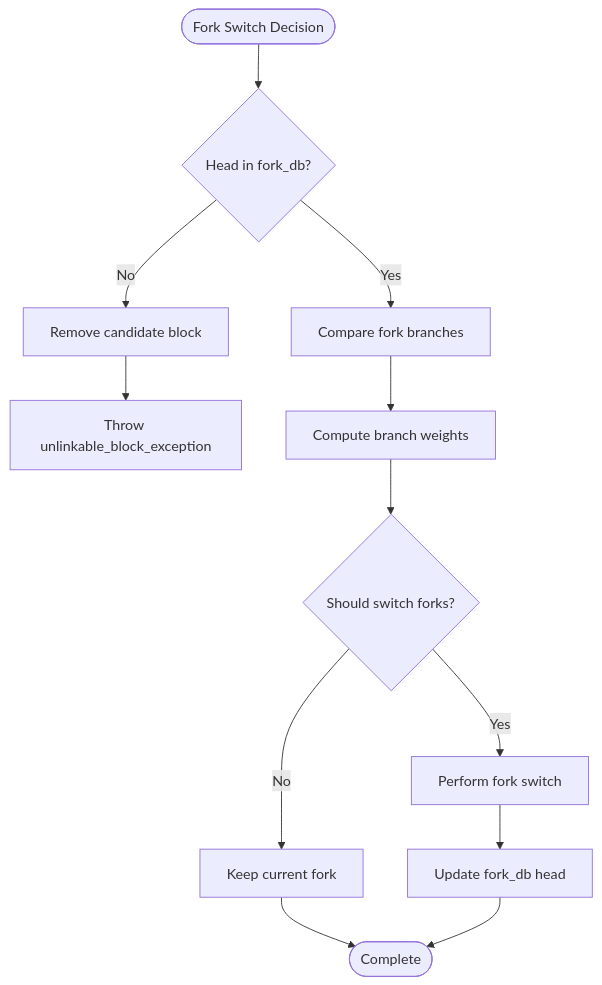
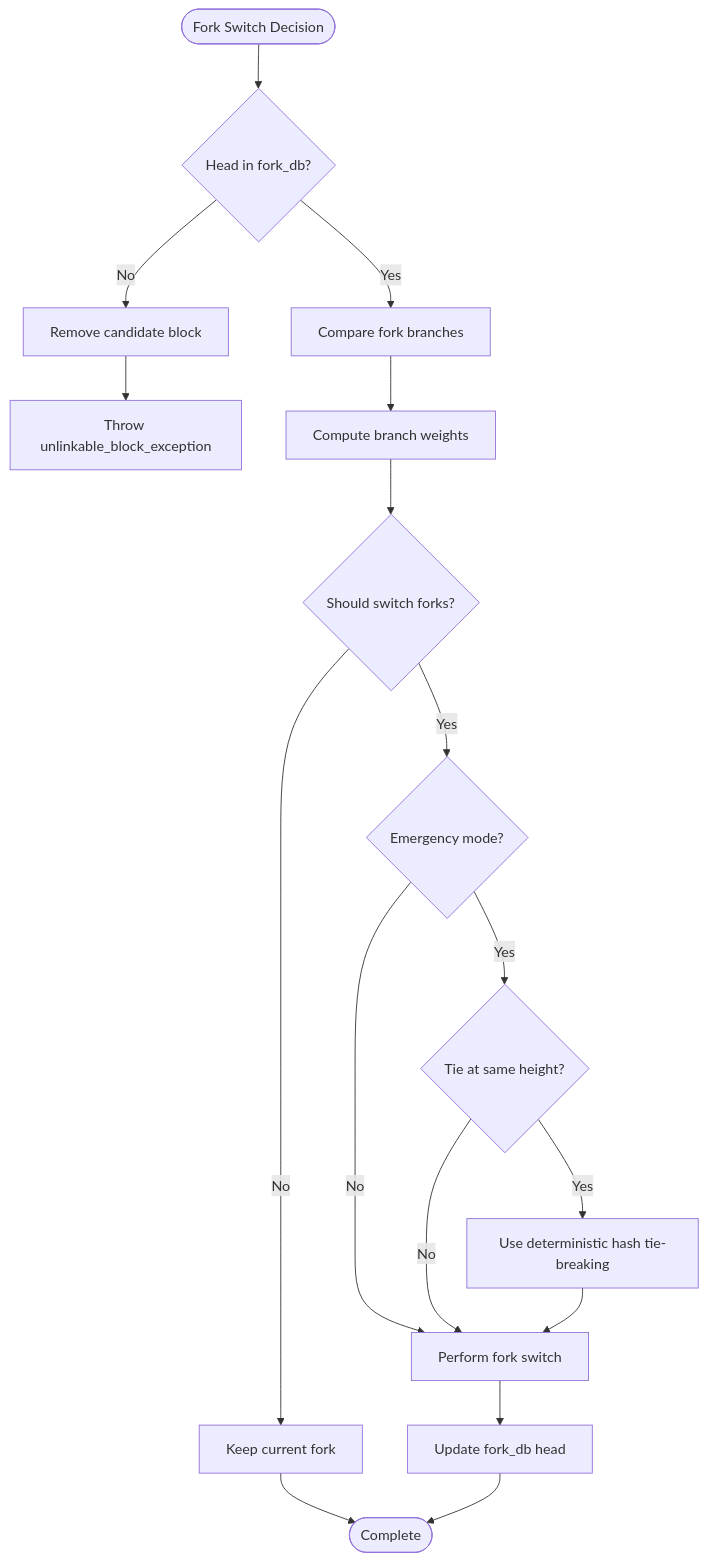
One commit to VIZ-Blockchain/viz-cpp-node changed diagram 16 of 24 in .qoder/repowiki/en/content/Architecture Overview/Core Libraries/Chain Library/Database Management/Database Management.md. Above: the diagram before and after it, drawn with Mermaid. The commit also changed other lines of this file and 3 other files, not shown here.

First line of the commit message:
feat(database): enhance fork database with dead fork detection and emergency consensus tie-breaking

````diff
--- a/.qoder/repowiki/en/content/Architecture Overview/Core Libraries/Chain Library/Database Management/Database Management.md
+++ b/.qoder/repowiki/en/content/Architecture Overview/Core Libraries/Chain Library/Database Management/Database Management.md
@@ -821,14 +833,19 @@
 ```mermaid
 flowchart TD
 Start(["Fork Switch Decision"]) --> CheckHead{"Head in fork_db?"}
 CheckHead --> |No| RejectFork["Remove candidate block"]
 RejectFork --> ThrowException["Throw unlinkable_block_exception"]
 CheckHead --> |Yes| CompareBranches["Compare fork branches"]
 CompareBranches --> ComputeWeight["Compute branch weights"]
 ComputeWeight --> DecideSwitch{"Should switch forks?"}
-DecideSwitch --> |Yes| SwitchForks["Perform fork switch"]
+DecideSwitch --> |Yes| CheckEmergency{"Emergency mode?"}
 DecideSwitch --> |No| KeepCurrent["Keep current fork"]
+CheckEmergency --> |No| SwitchForks["Perform fork switch"]
+CheckEmergency --> |Yes| CheckTie{"Tie at same height?"}
+CheckTie --> |No| SwitchForks
+CheckTie --> |Yes| TieBreak["Use deterministic hash tie-breaking"]
+TieBreak --> SwitchForks
 SwitchForks --> UpdateHead["Update fork_db head"]
 KeepCurrent --> End(["Complete"])
 UpdateHead --> End
 ```
````
